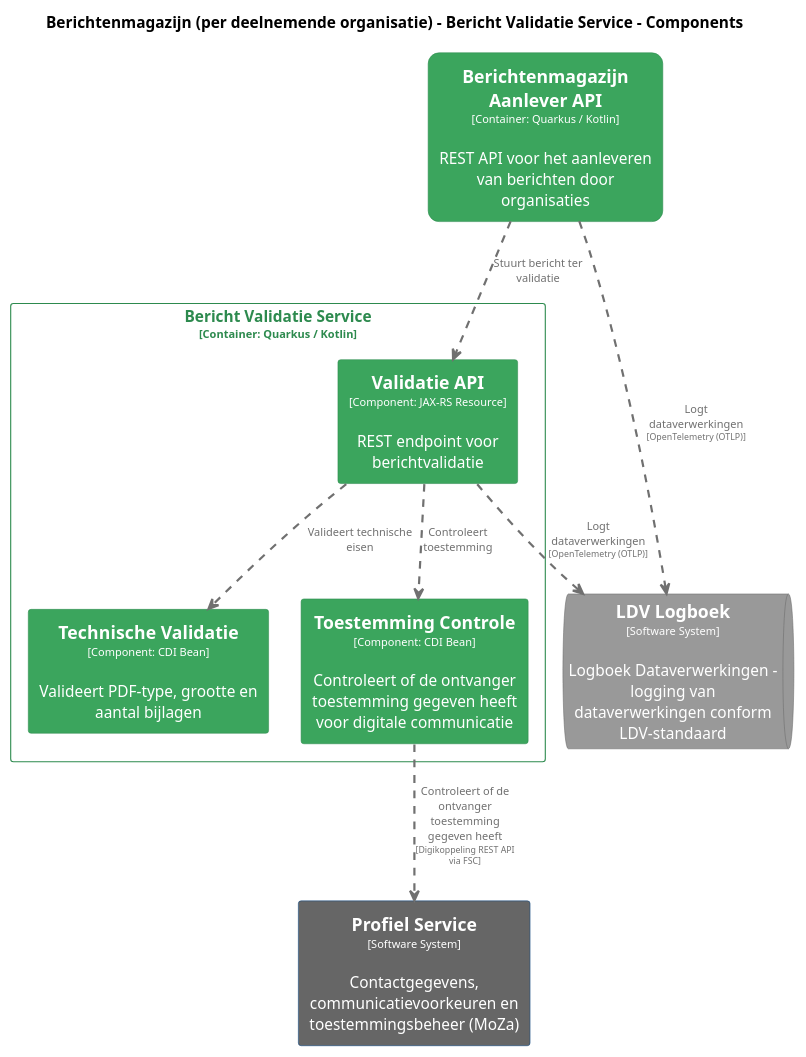
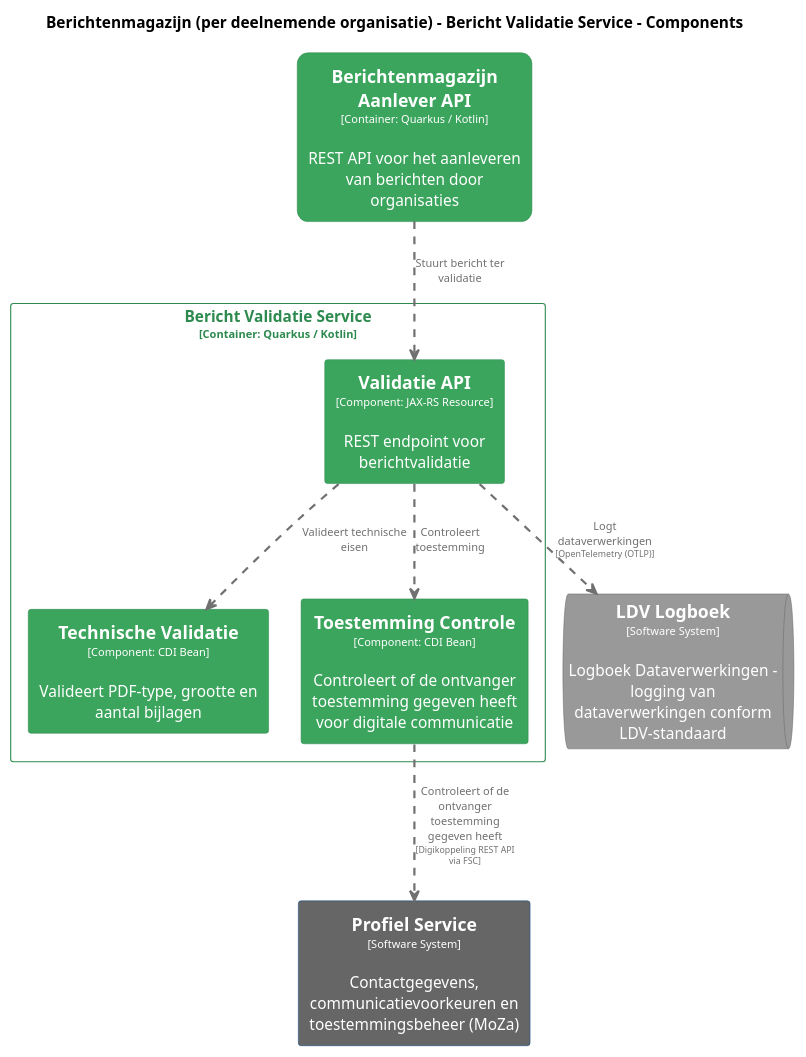
Before and after one commit to MinBZK/moza-poc-fbs-berichtenbox: the diagram in pr-preview/pr-22/master/puml/BerichtValidatieComponenten.puml, drawn with PlantUML. The commit also changed 51 other files, not shown here.

```diff
--- a/pr-preview/pr-22/master/puml/BerichtValidatieComponenten.puml
+++ b/pr-preview/pr-22/master/puml/BerichtValidatieComponenten.puml
@@ -1,77 +1,76 @@
 @startuml
 set separator none
 title Berichtenmagazijn (per deelnemende organisatie) - Bericht Validatie Service - Components
 
 top to bottom direction
 skinparam ranksep 60
 skinparam nodesep 30
 
 skinparam {
   arrowFontSize 10
   defaultTextAlignment center
   wrapWidth 200
   maxMessageSize 100
 }
 
 hide stereotype
 
 skinparam rectangle<<Berichtenmagazijnperdeelnemendeorganisatie.BerichtenmagazijnAanleverAPI>> {
   BackgroundColor #3ba55d
   FontColor #ffffff
   BorderColor #2d8a4e
   roundCorner 20
   shadowing false
 }
 skinparam queue<<LDVLogboek>> {
   BackgroundColor #999999
   FontColor #ffffff
   BorderColor #6b6b6b
   shadowing false
 }
 skinparam rectangle<<ProfielService>> {
   BackgroundColor #666666
   FontColor #ffffff
   BorderColor #0b4884
   shadowing false
 }
 skinparam rectangle<<Berichtenmagazijnperdeelnemendeorganisatie.BerichtValidatieService.TechnischeValidatie>> {
   BackgroundColor #3ba55d
   FontColor #ffffff
   BorderColor #2d8a4e
   shadowing false
 }
 skinparam rectangle<<Berichtenmagazijnperdeelnemendeorganisatie.BerichtValidatieService.ToestemmingControle>> {
   BackgroundColor #3ba55d
   FontColor #ffffff
   BorderColor #2d8a4e
   shadowing false
 }
 skinparam rectangle<<Berichtenmagazijnperdeelnemendeorganisatie.BerichtValidatieService.ValidatieAPI>> {
   BackgroundColor #3ba55d
   FontColor #ffffff
   BorderColor #2d8a4e
   shadowing false
 }
 skinparam rectangle<<Berichtenmagazijnperdeelnemendeorganisatie.BerichtValidatieService>> {
   BorderColor #2d8a4e
   FontColor #2d8a4e
   shadowing false
 }
 
 rectangle "==Profiel Service\n<size:10>[Software System]</size>\n\nContactgegevens, communicatievoorkeuren en toestemmingsbeheer (MoZa)" <<ProfielService>> as ProfielService
 rectangle "==Berichtenmagazijn Aanlever API\n<size:10>[Container: Quarkus / Kotlin]</size>\n\nREST API voor het aanleveren van berichten door organisaties" <<Berichtenmagazijnperdeelnemendeorganisatie.BerichtenmagazijnAanleverAPI>> as Berichtenmagazijnperdeelnemendeorganisatie.BerichtenmagazijnAanleverAPI
 queue "==LDV Logboek\n<size:10>[Software System]</size>\n\nLogboek Dataverwerkingen - logging van dataverwerkingen conform LDV-standaard" <<LDVLogboek>> as LDVLogboek
 
 rectangle "Bericht Validatie Service\n<size:10>[Container: Quarkus / Kotlin]</size>" <<Berichtenmagazijnperdeelnemendeorganisatie.BerichtValidatieService>> {
   rectangle "==Validatie API\n<size:10>[Component: JAX-RS Resource]</size>\n\nREST endpoint voor berichtvalidatie" <<Berichtenmagazijnperdeelnemendeorganisatie.BerichtValidatieService.ValidatieAPI>> as Berichtenmagazijnperdeelnemendeorganisatie.BerichtValidatieService.ValidatieAPI
   rectangle "==Technische Validatie\n<size:10>[Component: CDI Bean]</size>\n\nValideert PDF-type, grootte en aantal bijlagen" <<Berichtenmagazijnperdeelnemendeorganisatie.BerichtValidatieService.TechnischeValidatie>> as Berichtenmagazijnperdeelnemendeorganisatie.BerichtValidatieService.TechnischeValidatie
   rectangle "==Toestemming Controle\n<size:10>[Component: CDI Bean]</size>\n\nControleert of de ontvanger toestemming gegeven heeft voor digitale communicatie" <<Berichtenmagazijnperdeelnemendeorganisatie.BerichtValidatieService.ToestemmingControle>> as Berichtenmagazijnperdeelnemendeorganisatie.BerichtValidatieService.ToestemmingControle
 }
 
 Berichtenmagazijnperdeelnemendeorganisatie.BerichtValidatieService.ToestemmingControle .[#707070,thickness=2].> ProfielService : "<color:#707070>Controleert of de ontvanger toestemming gegeven heeft\n<color:#707070><size:8>[Digikoppeling REST API via FSC]</size>"
-Berichtenmagazijnperdeelnemendeorganisatie.BerichtenmagazijnAanleverAPI .[#707070,thickness=2].> LDVLogboek : "<color:#707070>Logt dataverwerkingen\n<color:#707070><size:8>[OpenTelemetry (OTLP)]</size>"
 Berichtenmagazijnperdeelnemendeorganisatie.BerichtValidatieService.ValidatieAPI .[#707070,thickness=2].> LDVLogboek : "<color:#707070>Logt dataverwerkingen\n<color:#707070><size:8>[OpenTelemetry (OTLP)]</size>"
 Berichtenmagazijnperdeelnemendeorganisatie.BerichtValidatieService.ValidatieAPI .[#707070,thickness=2].> Berichtenmagazijnperdeelnemendeorganisatie.BerichtValidatieService.TechnischeValidatie : "<color:#707070>Valideert technische eisen"
 Berichtenmagazijnperdeelnemendeorganisatie.BerichtValidatieService.ValidatieAPI .[#707070,thickness=2].> Berichtenmagazijnperdeelnemendeorganisatie.BerichtValidatieService.ToestemmingControle : "<color:#707070>Controleert toestemming"
 Berichtenmagazijnperdeelnemendeorganisatie.BerichtenmagazijnAanleverAPI .[#707070,thickness=2].> Berichtenmagazijnperdeelnemendeorganisatie.BerichtValidatieService.ValidatieAPI : "<color:#707070>Stuurt bericht ter validatie"
 @enduml
```
